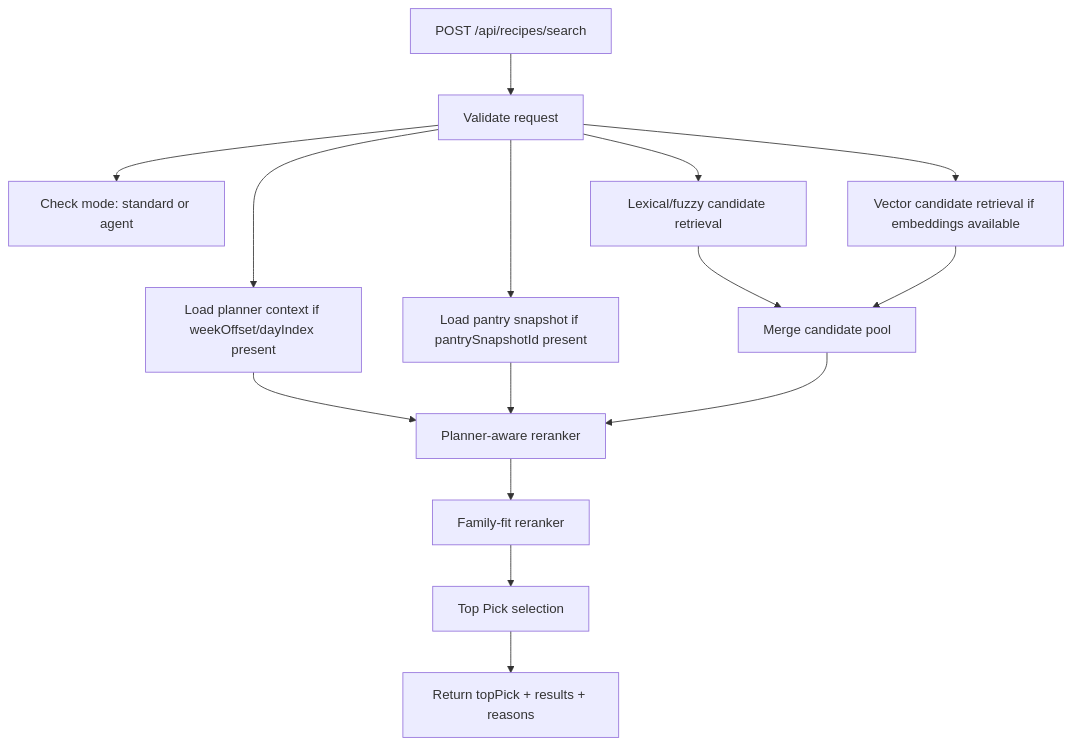
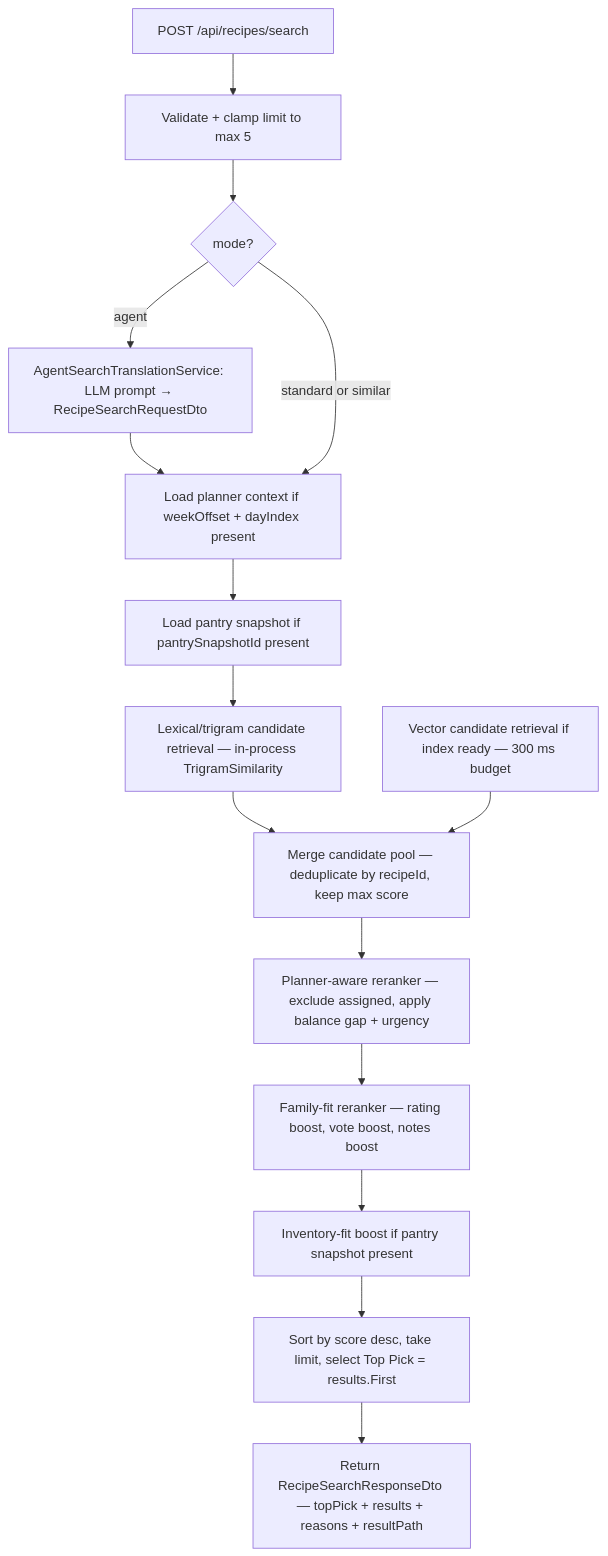
One commit to AlexandreBrisebois/whats-for-supper changed the first of 8 diagrams in docs/flows/data-flows/recipe-search-index-and-recovery.md. Above: the diagram before and after it, drawn with Mermaid. The commit also changed other lines of this file and 14 other files, not shown here.

````diff
--- a/docs/flows/data-flows/recipe-search-index-and-recovery.md
+++ b/docs/flows/data-flows/recipe-search-index-and-recovery.md
@@ -34,17 +35,18 @@
 ```mermaid
 flowchart TD
-    A[POST /api/recipes/search] --> B[Validate request]
-    B --> B2[Check mode: standard or agent]
-    B --> C[Load planner context if weekOffset/dayIndex present]
-    B --> C2[Load pantry snapshot if pantrySnapshotId present]
-    B --> D[Lexical/fuzzy candidate retrieval]
-    B --> E[Vector candidate retrieval if embeddings available]
-    D --> F[Merge candidate pool]
-    E --> F
-    C --> G[Planner-aware reranker]
-    C2 --> G
-    F --> G
-    G --> H[Family-fit reranker]
-    H --> I[Top Pick selection]
-    I --> J[Return topPick + results + reasons]
+    A[POST /api/recipes/search] --> B[Validate + clamp limit to max 5]
+    B --> B2{mode?}
+    B2 -->|agent| BA[AgentSearchTranslationService: LLM prompt → RecipeSearchRequestDto]
+    BA --> C
+    B2 -->|standard or similar| C
+    C[Load planner context if weekOffset + dayIndex present] --> D
+    D[Load pantry snapshot if pantrySnapshotId present] --> E
+    E[Lexical/trigram candidate retrieval — in-process TrigramSimilarity] --> F
+    E2[Vector candidate retrieval if index ready — 300 ms budget] --> F
+    F[Merge candidate pool — deduplicate by recipeId, keep max score] --> G
+    G[Planner-aware reranker — exclude assigned, apply balance gap + urgency] --> H
+    H[Family-fit reranker — rating boost, vote boost, notes boost] --> I
+    I[Inventory-fit boost if pantry snapshot present] --> J
+    J[Sort by score desc, take limit, select Top Pick = results.First] --> K
+    K[Return RecipeSearchResponseDto — topPick + results + reasons + resultPath]
 ```
````
